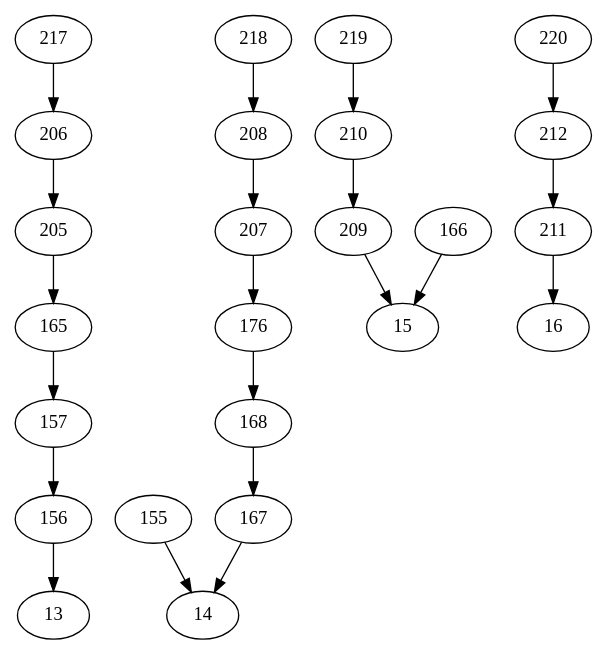
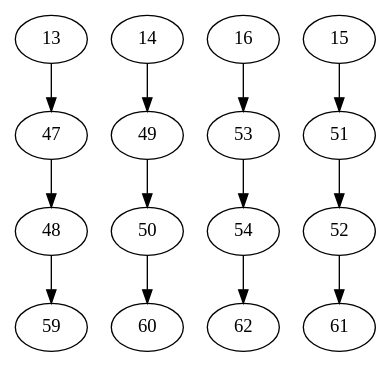
The diagram in src/test.dot (locsic/Taint-Visualizer), drawn with Graphviz before and after one commit. The commit also changed 3 other files, not shown here.

```diff
--- a/src/test.dot
+++ b/src/test.dot
@@ -1,46 +1,42 @@
-strict digraph  {
-	217	 [inode=217];
-	206	 [inode=206];
-	217 -> 206	 [anno="retl  "];
-	155	 [inode=155];
-	14	 [inode=14];
-	155 -> 14	 [anno="movsxb  -0xf(%ebp,%ecx,1), %edx"];
-	157	 [inode=157];
-	156	 [inode=156];
-	157 -> 156	 [anno="add %edx, %ecx"];
+digraph  {
 	13	 [inode=13];
-	156 -> 13	 [anno="movsxb  -0x10(%ebp,%eax,1), %ecx"];
-	218	 [inode=218];
-	208	 [inode=208];
-	218 -> 208	 [anno="retl  "];
-	219	 [inode=219];
-	210	 [inode=210];
-	219 -> 210	 [anno="retl  "];
-	176	 [inode=176];
-	168	 [inode=168];
-	176 -> 168	 [anno="movb  %cl, -0x10(%ebp,%edx,1)"];
-	209	 [inode=209];
-	210 -> 209	 [anno="movb  %dl, -0x8(%ebp,%ecx,1)"];
-	211	 [inode=211];
-	16	 [inode=16];
-	211 -> 16	 [anno="movb  (%eax), %dl"];
-	205	 [inode=205];
-	165	 [inode=165];
-	205 -> 165	 [anno="movb  (%eax), %dl"];
-	207	 [inode=207];
-	207 -> 176	 [anno="movb  (%eax), %dl"];
-	206 -> 205	 [anno="movb  %dl, -0x8(%ebp,%ecx,1)"];
-	15	 [inode=15];
-	209 -> 15	 [anno="movb  (%eax), %dl"];
-	208 -> 207	 [anno="movb  %dl, -0x8(%ebp,%ecx,1)"];
-	167	 [inode=167];
-	168 -> 167	 [anno="add %edx, %ecx"];
-	165 -> 157	 [anno="movb  %cl, -0x10(%ebp,%edx,1)"];
-	166	 [inode=166];
-	166 -> 15	 [anno="movsxb  -0xf(%ebp,%ecx,1), %edx"];
-	167 -> 14	 [anno="movsxb  -0x10(%ebp,%eax,1), %ecx"];
-	220	 [inode=220];
-	212	 [inode=212];
-	220 -> 212	 [anno="retl  "];
-	212 -> 211	 [anno="movb  %dl, -0x8(%ebp,%ecx,1)"];
+	47	 [inode=47];
+	13 -> 47 [key=0,
+	anno="movb  (%eax), %dl"];
+59 [inode=59];
+14 [inode=14];
+49 [inode=49];
+14 -> 49 [key=0,
+anno="movb  (%eax), %dl"];
+48 [inode=48];
+48 -> 59 [key=0,
+anno="retl  "];
+50 [inode=50];
+49 -> 50 [key=0,
+anno="movb  %dl, -0x8(%ebp,%ecx,1)"];
+47 -> 48 [key=0,
+anno="movb  %dl, -0x8(%ebp,%ecx,1)"];
+16 [inode=16];
+53 [inode=53];
+16 -> 53 [key=0,
+anno="movb  (%eax), %dl"];
+51 [inode=51];
+52 [inode=52];
+51 -> 52 [key=0,
+anno="movb  %dl, -0x8(%ebp,%ecx,1)"];
+60 [inode=60];
+50 -> 60 [key=0,
+anno="retl  "];
+54 [inode=54];
+53 -> 54 [key=0,
+anno="movb  %dl, -0x8(%ebp,%ecx,1)"];
+61 [inode=61];
+52 -> 61 [key=0,
+anno="retl  "];
+62 [inode=62];
+54 -> 62 [key=0,
+anno="retl  "];
+15 [inode=15];
+15 -> 51 [key=0,
+anno="movb  (%eax), %dl"];
 }
```
